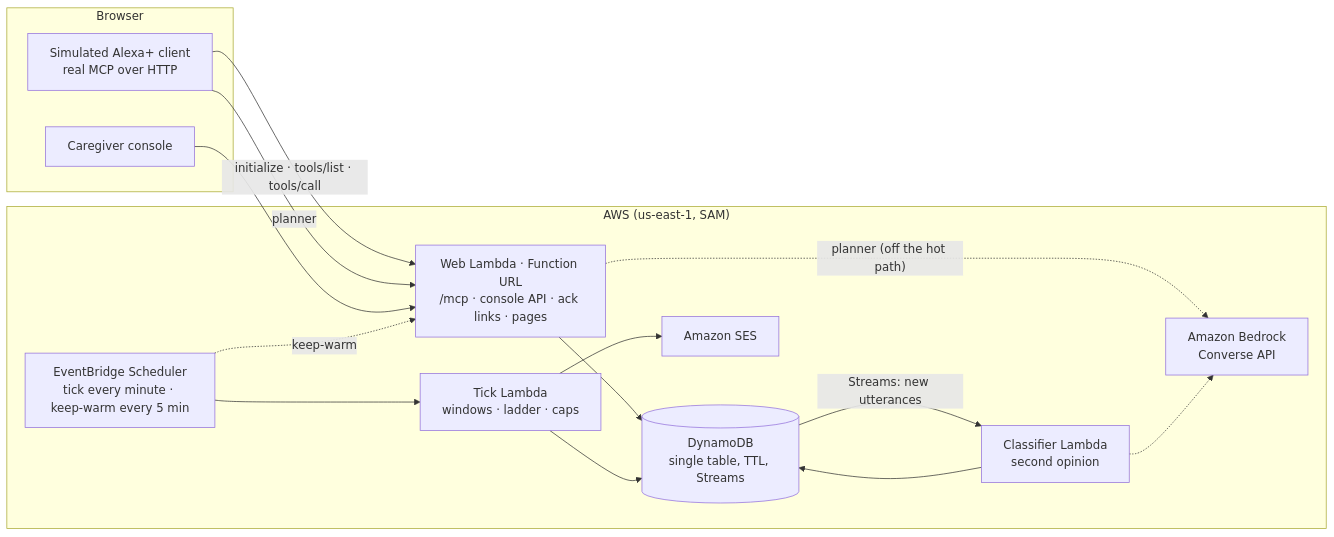
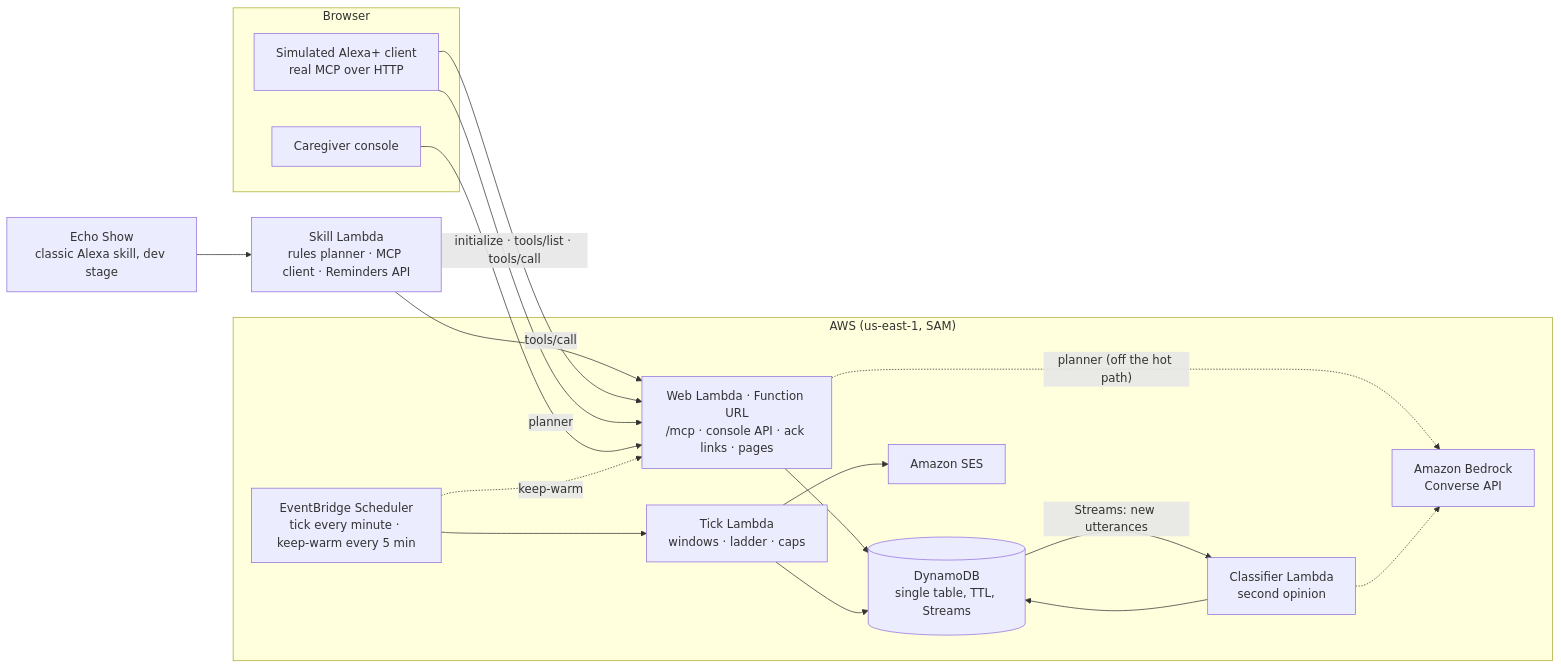
One commit to Juiccef/closed-loop changed the diagram in README.md. Above: the diagram before and after it, drawn with Mermaid. The commit also changed other lines of this file and 20 other files, not shown here.

````diff
--- a/README.md
+++ b/README.md
@@ -66,28 +70,30 @@
 ```mermaid
 flowchart LR
   subgraph Browser
     SIM[Simulated Alexa+ client<br/>real MCP over HTTP]
     CON[Caregiver console]
   end
   subgraph AWS["AWS (us-east-1, SAM)"]
     WEB["Web Lambda · Function URL<br/>/mcp · console API · ack links · pages"]
     DDB[(DynamoDB<br/>single table, TTL, Streams)]
     SCH[EventBridge Scheduler<br/>tick every minute · keep-warm every 5 min]
     TICK[Tick Lambda<br/>windows · ladder · caps]
     SES[Amazon SES]
     CLS[Classifier Lambda<br/>second opinion]
     BR[Amazon Bedrock<br/>Converse API]
   end
+  ECHO[Echo Show<br/>classic Alexa skill, dev stage] --> SKILL[Skill Lambda<br/>rules planner · MCP client · Reminders API]
+  SKILL -- "tools/call" --> WEB
   SIM -- "initialize · tools/list · tools/call" --> WEB
   SIM -- planner --> WEB
   CON --> WEB
   WEB --> DDB
   WEB -. "planner (off the hot path)" .-> BR
   SCH --> TICK
   SCH -. keep-warm .-> WEB
   TICK --> DDB
   TICK --> SES
   DDB -- "Streams: new utterances" --> CLS
   CLS -.-> BR
   CLS --> DDB
 ```
````
